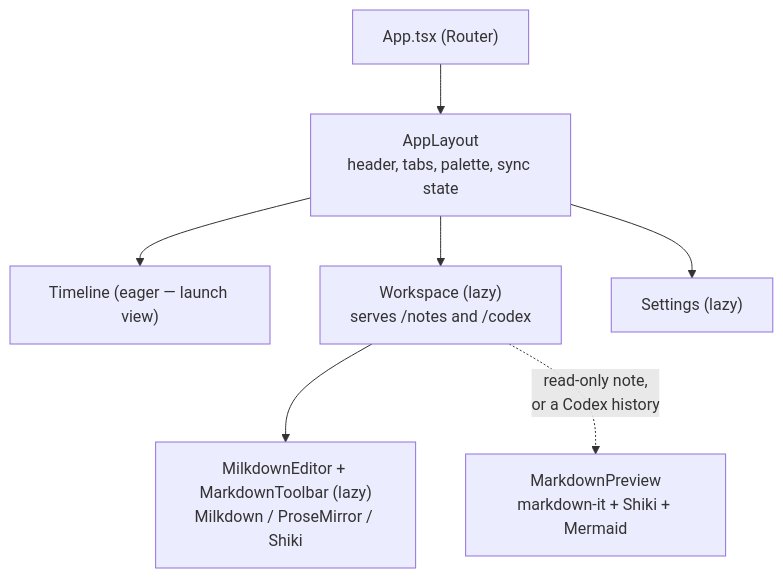
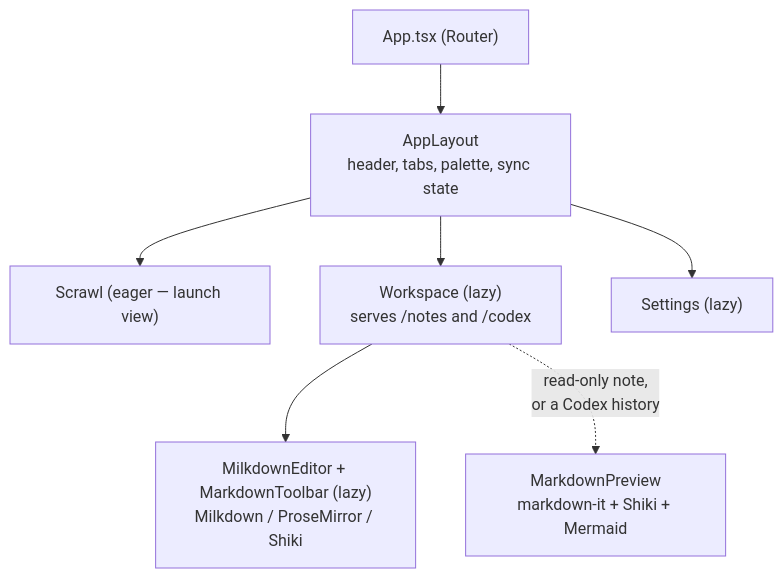
One commit to Xantibody/magical-merchant changed the second of 3 diagrams in docs/introduction.md. Above: the diagram before and after it, drawn with Mermaid. The commit also changed other lines of this file and 84 other files, not shown here.

````diff
--- a/docs/introduction.md
+++ b/docs/introduction.md
@@ -98,17 +98,17 @@
 ```mermaid
 flowchart TD
     App["App.tsx (Router)"]
     Layout["AppLayout<br/>header, tabs, palette, sync state"]
-    Timeline["Timeline (eager — launch view)"]
+    Scrawl["Scrawl (eager — launch view)"]
     Workspace["Workspace (lazy)<br/>serves /notes and /codex"]
     Settings["Settings (lazy)"]
     Editor["MilkdownEditor + MarkdownToolbar (lazy)<br/>Milkdown / ProseMirror / Shiki"]
     Preview["MarkdownPreview<br/>markdown-it + Shiki + Mermaid"]
 
     App --> Layout
-    Layout --> Timeline
+    Layout --> Scrawl
     Layout --> Workspace
     Layout --> Settings
     Workspace --> Editor
     Workspace -. "read-only note,<br/>or a Codex history" .-> Preview
 ```
````
